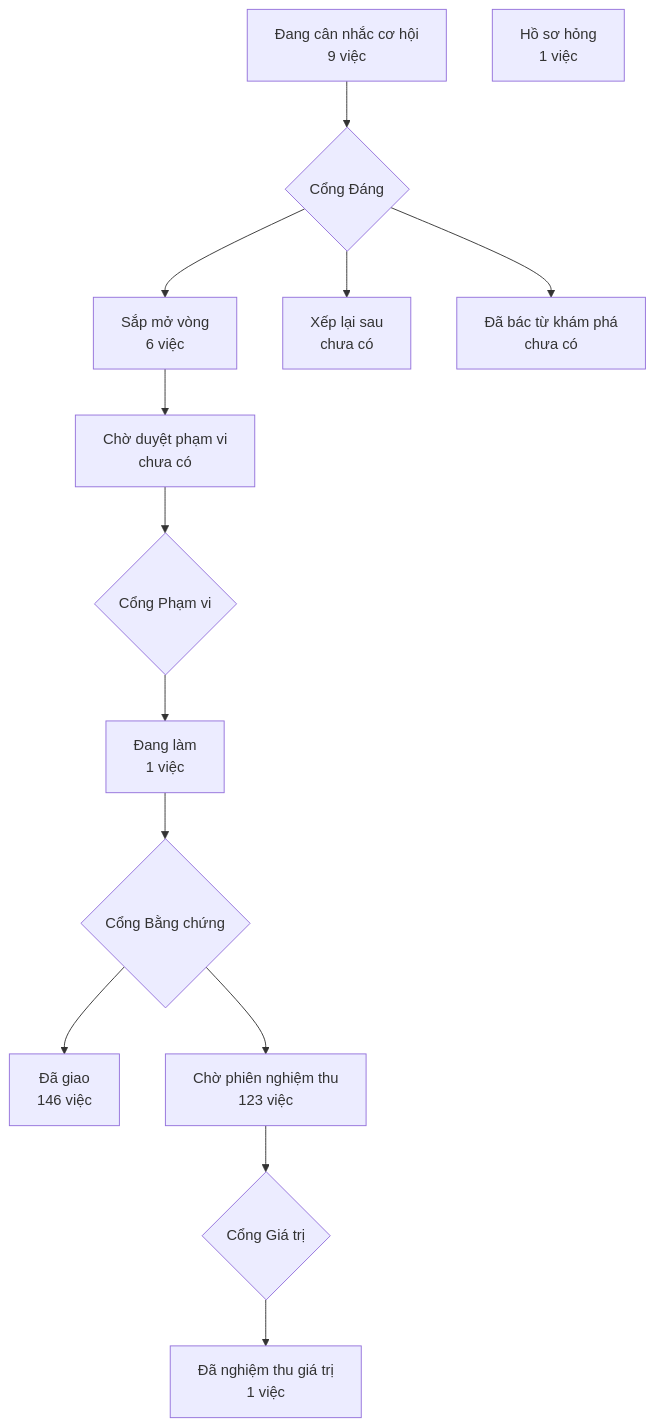
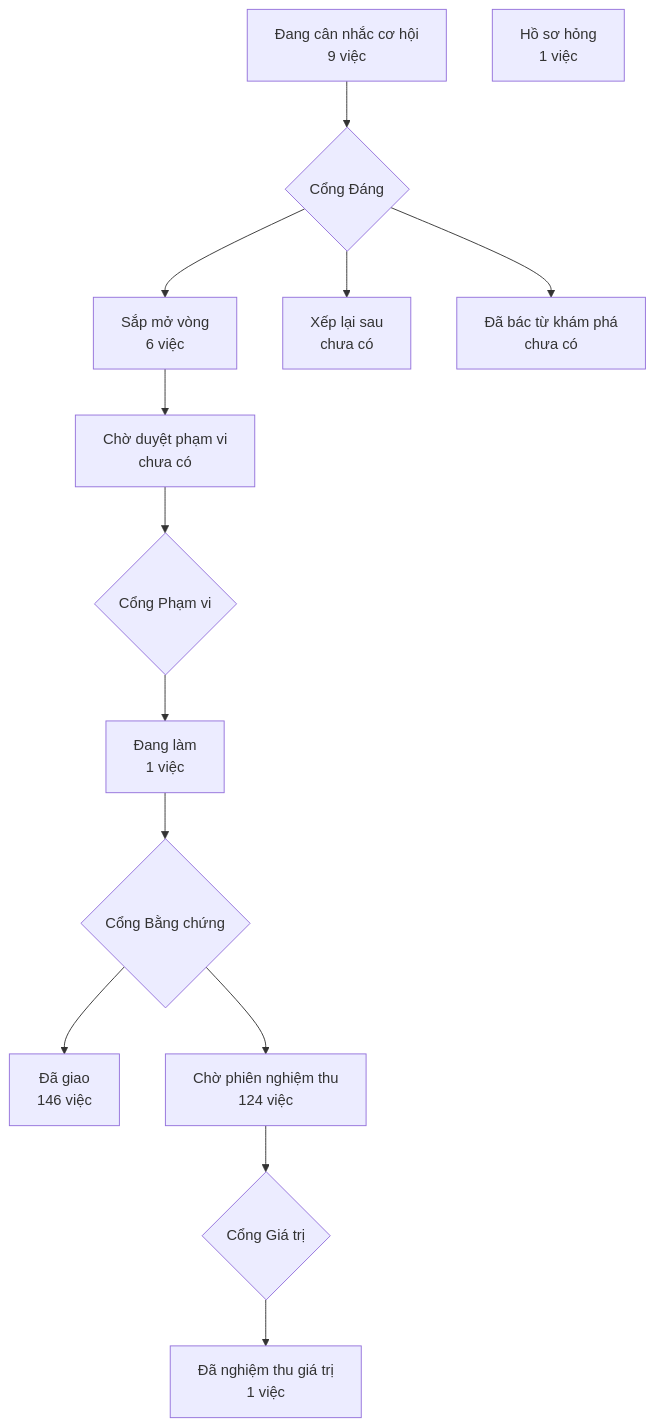
Before and after one commit to phanlemanh/crm-onehub: the diagram in PRODUCT-MAP.md, drawn with Mermaid. The commit also changed 1 other file, not shown here.

Commit message:
chore(khong-re-theo-ten-thanh-luat-kho): vẽ lại bản đồ sau gộp onehub

````diff
--- a/PRODUCT-MAP.md
+++ b/PRODUCT-MAP.md
@@ -7,13 +7,13 @@
 ```mermaid
 flowchart TD
   A["Đang cân nhắc cơ hội<br/>9 việc"] --> GD{"Cổng Đáng"}
   GD --> B["Sắp mở vòng<br/>6 việc"]
   GD --> XL["Xếp lại sau<br/>chưa có"]
   GD --> DB["Đã bác từ khám phá<br/>chưa có"]
   B --> CD["Chờ duyệt phạm vi<br/>chưa có"] --> GP{"Cổng Phạm vi"}
   GP --> DL["Đang làm<br/>1 việc"] --> GB{"Cổng Bằng chứng"}
   GB --> DG["Đã giao<br/>146 việc"]
-  GB --> CN["Chờ phiên nghiệm thu<br/>123 việc"] --> GG{"Cổng Giá trị"}
+  GB --> CN["Chờ phiên nghiệm thu<br/>124 việc"] --> GG{"Cổng Giá trị"}
   GG --> NT["Đã nghiệm thu giá trị<br/>1 việc"]
   HS["Hồ sơ hỏng<br/>1 việc"]
 ```
````
